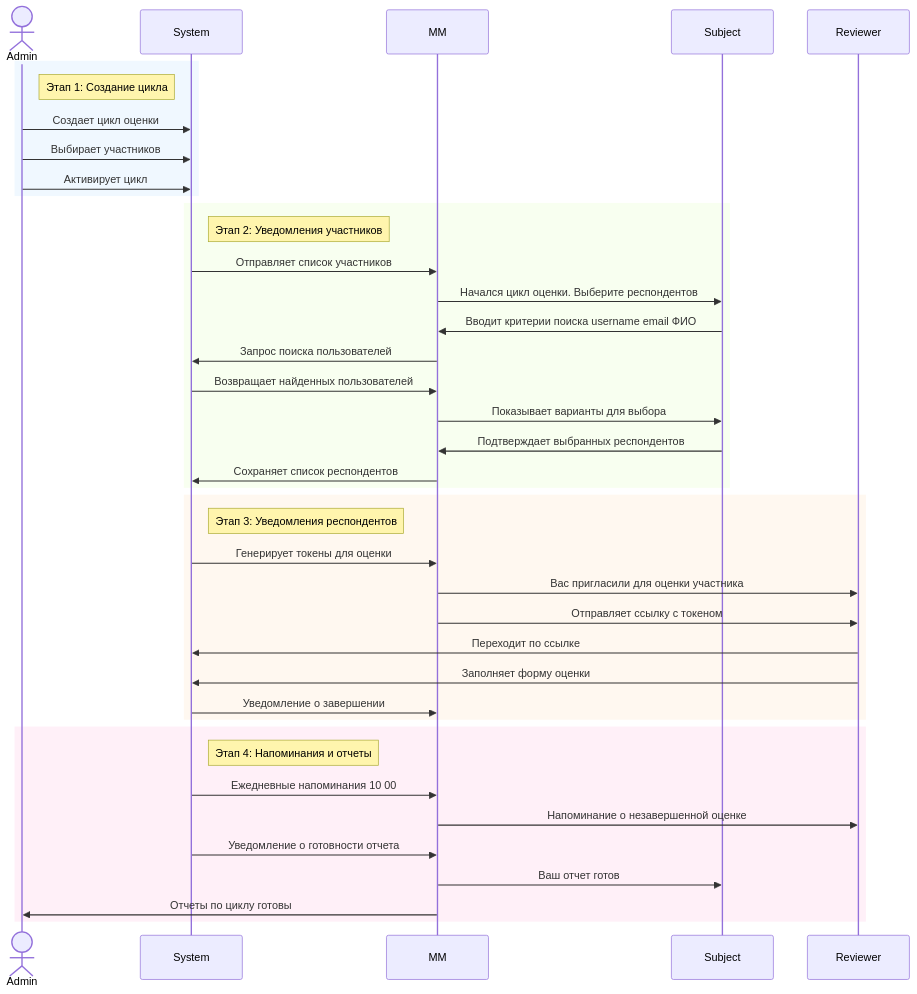
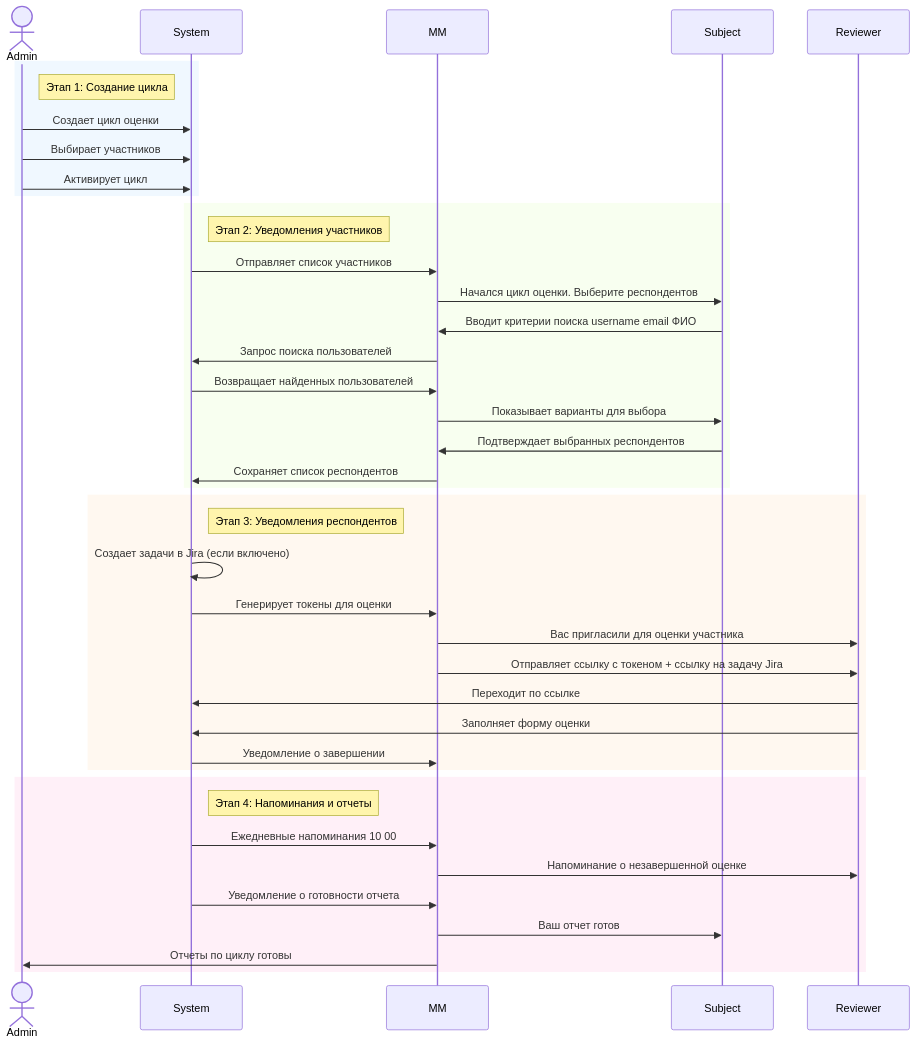
Before and after one commit to chastnik/360: the ninth of 9 diagrams in README.md, drawn with Mermaid. The commit also changed other lines of this file and 11 other files, not shown here.

Commit message:
Добавлена интеграция с Jira: автоматическое создание задач для респондентов, обновлен README со всеми схемами

````diff
--- a/README.md
+++ b/README.md
@@ -754,46 +802,47 @@
 ```mermaid
 sequenceDiagram
   actor Admin
   participant System
   participant MM
   participant Subject
   participant Reviewer
   
   rect rgb(240, 248, 255)
     note right of Admin: Этап 1: Создание цикла
     Admin->>System: Создает цикл оценки
     Admin->>System: Выбирает участников
     Admin->>System: Активирует цикл
   end
   
   rect rgb(248, 255, 240)
     note right of System: Этап 2: Уведомления участников
     System->>MM: Отправляет список участников
     MM->>Subject: Начался цикл оценки. Выберите респондентов
     Subject->>MM: Вводит критерии поиска username email ФИО
     MM->>System: Запрос поиска пользователей
     System->>MM: Возвращает найденных пользователей
     MM->>Subject: Показывает варианты для выбора
     Subject->>MM: Подтверждает выбранных респондентов
     MM->>System: Сохраняет список респондентов
   end
   
   rect rgb(255, 248, 240)
     note right of System: Этап 3: Уведомления респондентов
+    System->>System: Создает задачи в Jira (если включено)
     System->>MM: Генерирует токены для оценки
     MM->>Reviewer: Вас пригласили для оценки участника
-    MM->>Reviewer: Отправляет ссылку с токеном
+    MM->>Reviewer: Отправляет ссылку с токеном + ссылку на задачу Jira
     Reviewer->>System: Переходит по ссылке
     Reviewer->>System: Заполняет форму оценки
     System->>MM: Уведомление о завершении
   end
   
   rect rgb(255, 240, 248)
     note right of System: Этап 4: Напоминания и отчеты
     System->>MM: Ежедневные напоминания 10 00
     MM->>Reviewer: Напоминание о незавершенной оценке
     System->>MM: Уведомление о готовности отчета
     MM->>Subject: Ваш отчет готов
     MM->>Admin: Отчеты по циклу готовы
   end
 ```
````
